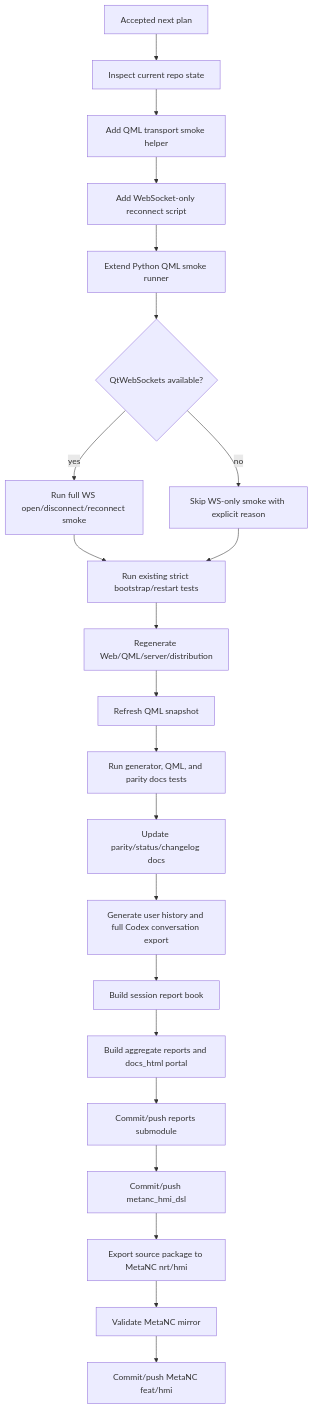
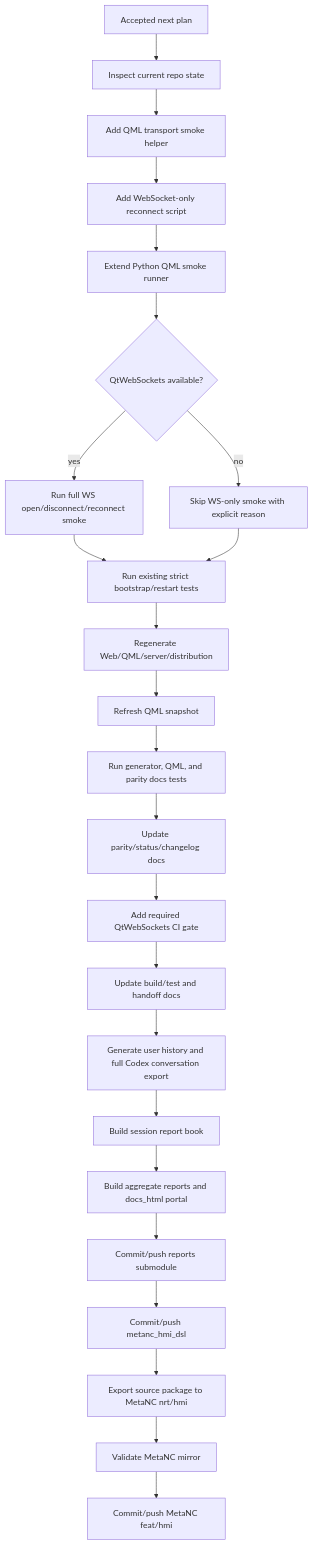
One commit to luppiterw/metanc_hmi_dsl_reports changed the diagram in 2026-05-12-codex-session/workflow-diagram.md. Above: the diagram before and after it, drawn with Mermaid. The commit also changed 17 other files, not shown here.

````diff
--- a/2026-05-12-codex-session/workflow-diagram.md
+++ b/2026-05-12-codex-session/workflow-diagram.md
@@ -3,24 +3,26 @@
 ```mermaid
 flowchart TD
     A[Accepted next plan] --> B[Inspect current repo state]
     B --> C[Add QML transport smoke helper]
     C --> D[Add WebSocket-only reconnect script]
     D --> E[Extend Python QML smoke runner]
     E --> F{QtWebSockets available?}
     F -->|yes| G[Run full WS open/disconnect/reconnect smoke]
     F -->|no| H[Skip WS-only smoke with explicit reason]
     G --> I[Run existing strict bootstrap/restart tests]
     H --> I
     I --> J[Regenerate Web/QML/server/distribution]
     J --> K[Refresh QML snapshot]
     K --> L[Run generator, QML, and parity docs tests]
     L --> M[Update parity/status/changelog docs]
-    M --> N[Generate user history and full Codex conversation export]
-    N --> O[Build session report book]
-    O --> P[Build aggregate reports and docs_html portal]
-    P --> Q[Commit/push reports submodule]
-    Q --> R[Commit/push metanc_hmi_dsl]
-    R --> S[Export source package to MetaNC nrt/hmi]
-    S --> T[Validate MetaNC mirror]
-    T --> U[Commit/push MetaNC feat/hmi]
+    M --> N[Add required QtWebSockets CI gate]
+    N --> O[Update build/test and handoff docs]
+    O --> P[Generate user history and full Codex conversation export]
+    P --> Q[Build session report book]
+    Q --> R[Build aggregate reports and docs_html portal]
+    R --> S[Commit/push reports submodule]
+    S --> T[Commit/push metanc_hmi_dsl]
+    T --> U[Export source package to MetaNC nrt/hmi]
+    U --> V[Validate MetaNC mirror]
+    V --> W[Commit/push MetaNC feat/hmi]
 ```
````
